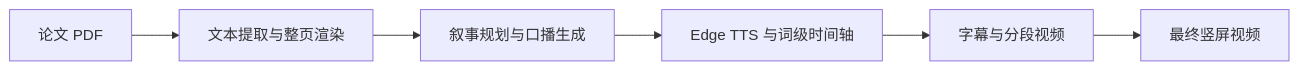
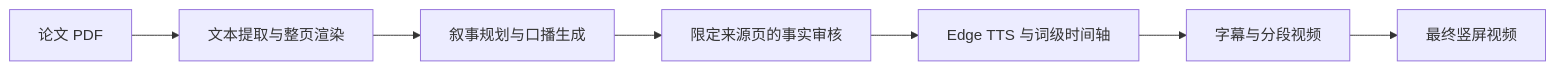
One commit to QXP1997/paper-video-agent changed the diagram in README.md. Above: the diagram before and after it, drawn with Mermaid. The commit also changed other lines of this file and 5 other files, not shown here.

````diff
--- a/README.md
+++ b/README.md
@@ -57,8 +58,9 @@
 ```mermaid
 flowchart LR
     A[论文 PDF] --> B[文本提取与整页渲染]
     B --> C[叙事规划与口播生成]
-    C --> D[Edge TTS 与词级时间轴]
-    D --> F[字幕与分段视频]
+    C --> D[限定来源页的事实审核]
+    D --> E[Edge TTS 与词级时间轴]
+    E --> F[字幕与分段视频]
     F --> G[最终竖屏视频]
 ```
````
